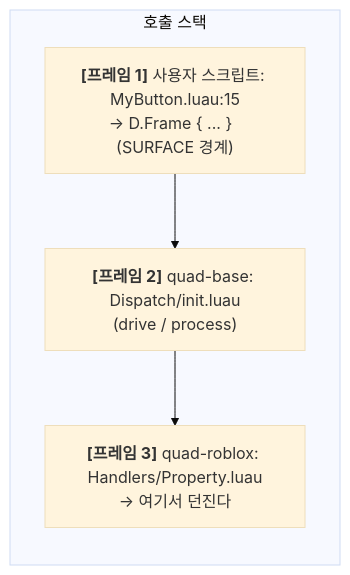
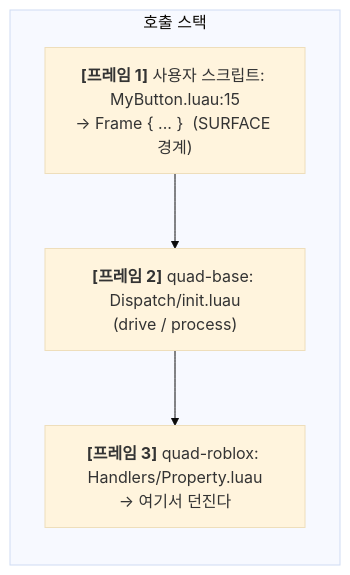
Before and after one commit to qwreey/quad: the diagram in docs/quadnomicon/11-static-grepability-and-error-architecture.md, drawn with Mermaid (base theme). The commit also changed other lines of this file and 205 other files, not shown here.

````diff
--- a/docs/quadnomicon/11-static-grepability-and-error-architecture.md
+++ b/docs/quadnomicon/11-static-grepability-and-error-architecture.md
@@ -80,11 +80,11 @@
 ```mermaid
 flowchart TB
     subgraph CS["호출 스택"]
         direction TB
-        F1["<b>[프레임 1]</b> 사용자 스크립트: MyButton.luau:15<br/>→ D.Frame { ... }  (SURFACE 경계)"]
+        F1["<b>[프레임 1]</b> 사용자 스크립트: MyButton.luau:15<br/>→ Frame { ... }  (SURFACE 경계)"]
         F2["<b>[프레임 2]</b> quad-base: Dispatch/init.luau<br/>(drive / process)"]
         F3["<b>[프레임 3]</b> quad-roblox: Handlers/Property.luau<br/>→ 여기서 던진다"]
         F1 --> F2
         F2 --> F3
     end
 ```
````
